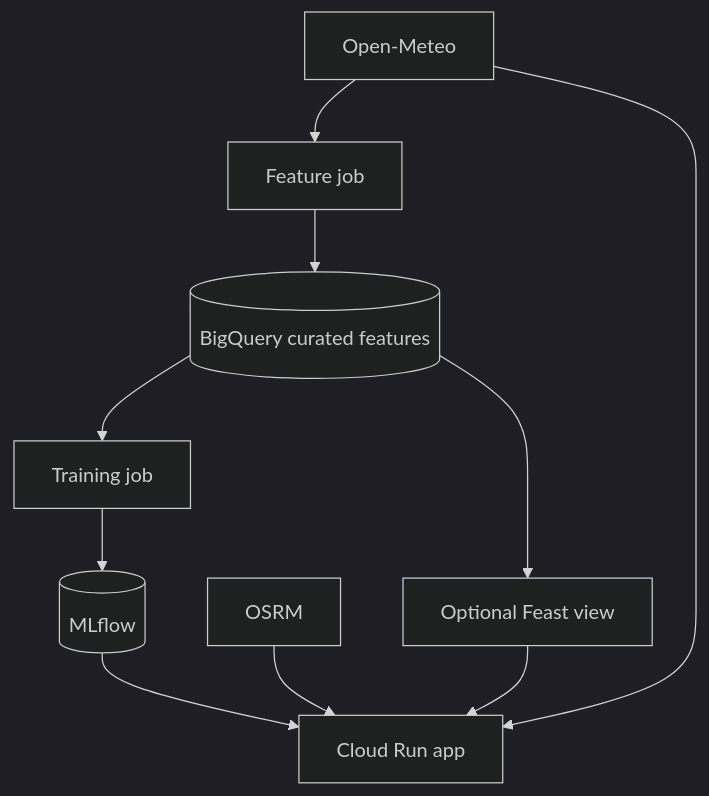
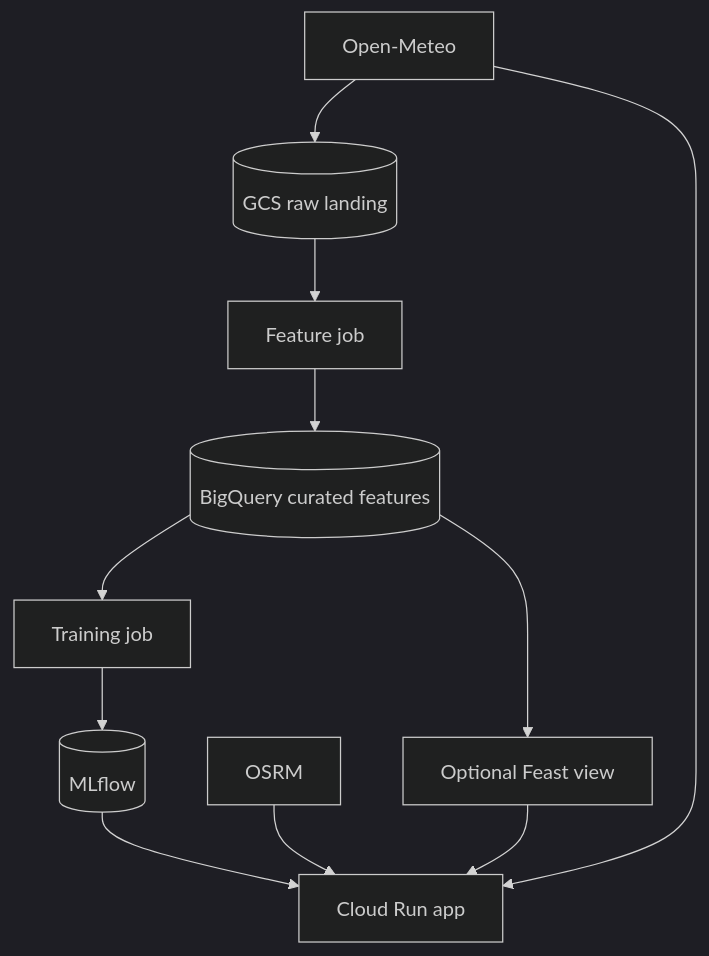
The second of 2 diagrams in docs/site/system/cloud-mapping.md (javihslu/foehncast), drawn with Mermaid (dark theme) before and after one commit. The commit also changed other lines of this file and 25 other files, not shown here.

```diff
--- a/docs/site/system/cloud-mapping.md
+++ b/docs/site/system/cloud-mapping.md
@@ -76,12 +76,13 @@
 <div class="mermaid">
 flowchart TD
-    OME[Open-Meteo] --> FEAT[Feature job]
+    OME[Open-Meteo] --> RAW[(GCS raw landing)]
+    RAW --> FEAT[Feature job]
     FEAT --> BQ[(BigQuery curated features)]
     BQ --> TRAIN[Training job]
     TRAIN --> MLF[(MLflow)]
     MLF --> RUN[Cloud Run app]
     OME --> RUN
     OSRM[OSRM] --> RUN
     BQ --> FEAST[Optional Feast view]
     FEAST --> RUN
 </div>
```
